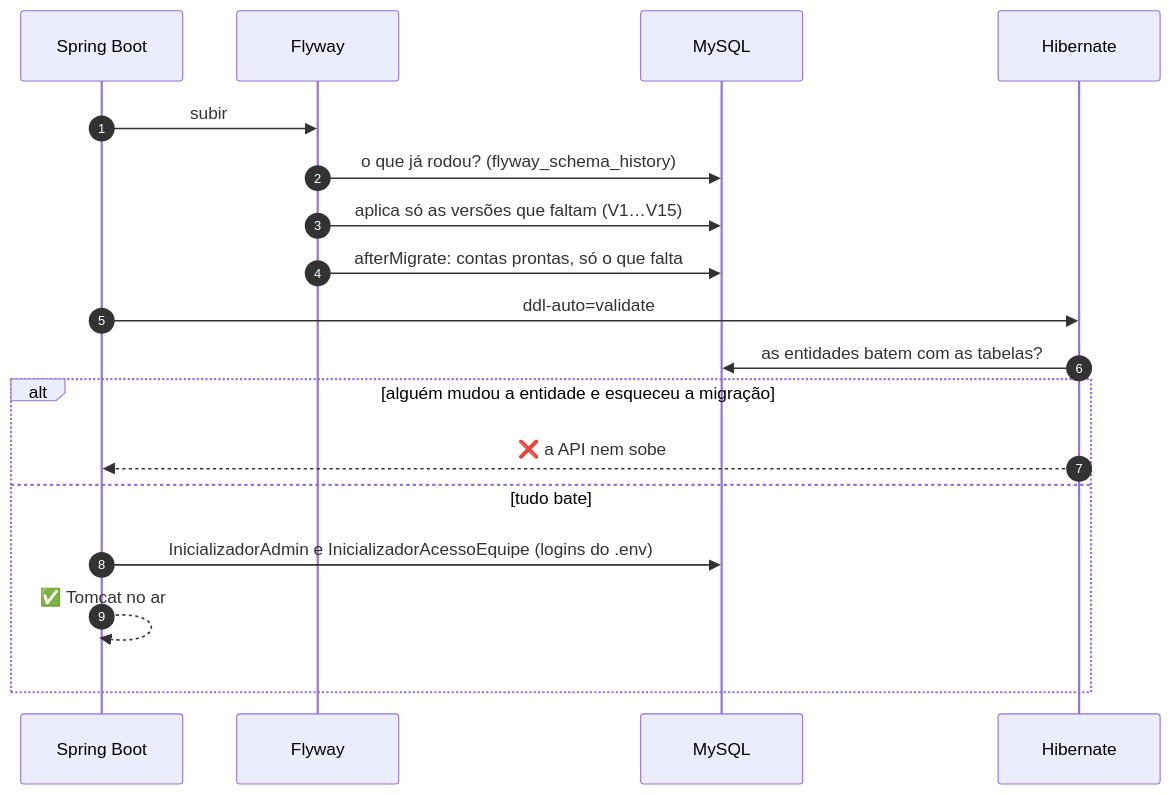
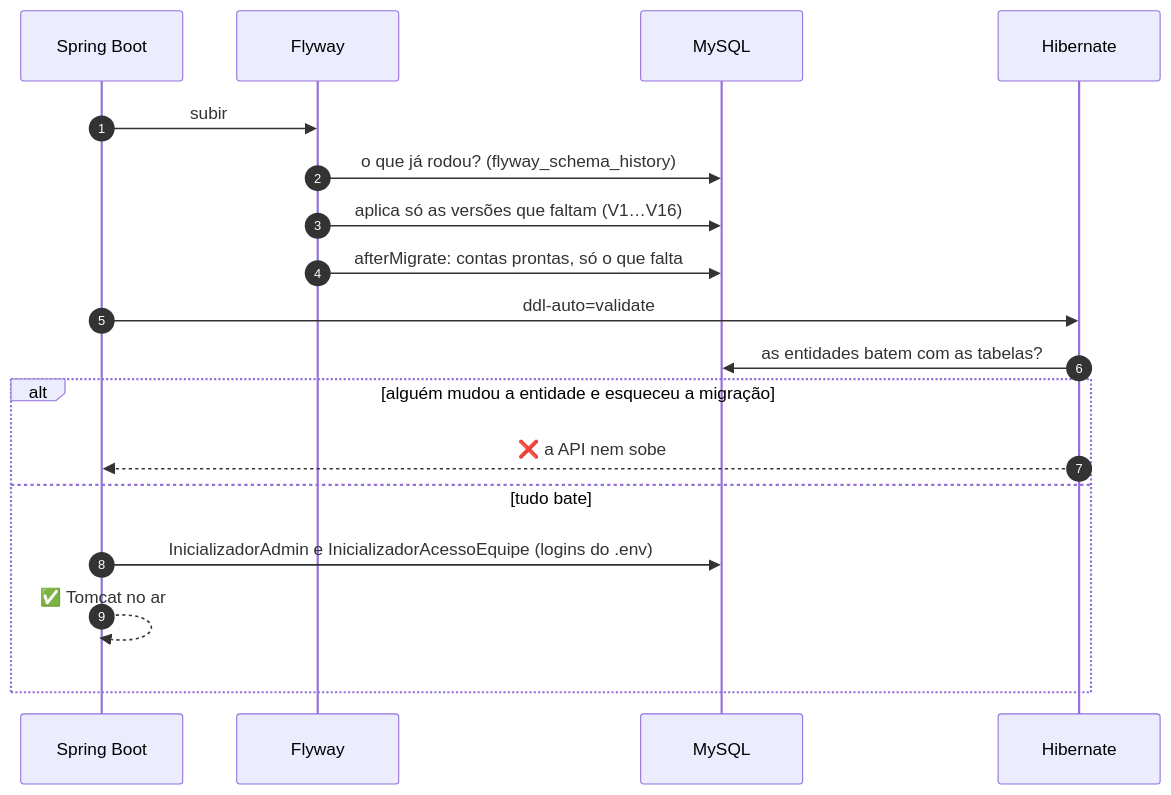
Before and after one commit to k3vinrich4rd/rkf_bank: the tenth of 17 diagrams in README.md, drawn with Mermaid. The commit also changed other lines of this file and 17 other files, not shown here.

````diff
--- a/README.md
+++ b/README.md
@@ -974,20 +1013,20 @@
 ```mermaid
 sequenceDiagram
     autonumber
     participant API as Spring Boot
     participant F as Flyway
     participant DB as MySQL
     participant H as Hibernate
     API->>F: subir
     F->>DB: o que já rodou? (flyway_schema_history)
-    F->>DB: aplica só as versões que faltam (V1…V15)
+    F->>DB: aplica só as versões que faltam (V1…V16)
     F->>DB: afterMigrate: contas prontas, só o que falta
     API->>H: ddl-auto=validate
     H->>DB: as entidades batem com as tabelas?
     alt alguém mudou a entidade e esqueceu a migração
         H-->>API: ❌ a API nem sobe
     else tudo bate
         API->>DB: InicializadorAdmin e InicializadorAcessoEquipe (logins do .env)
         API-->>API: ✅ Tomcat no ar
     end
 ```
````
